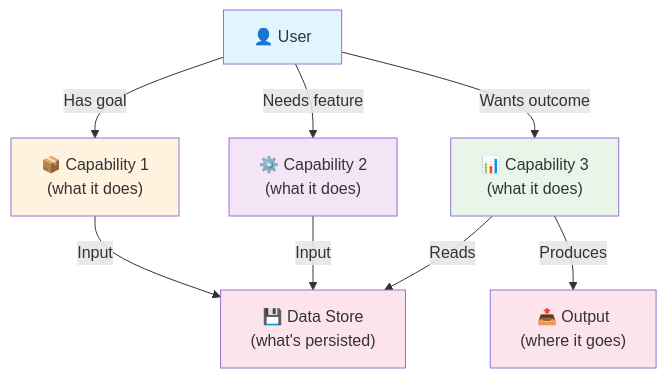
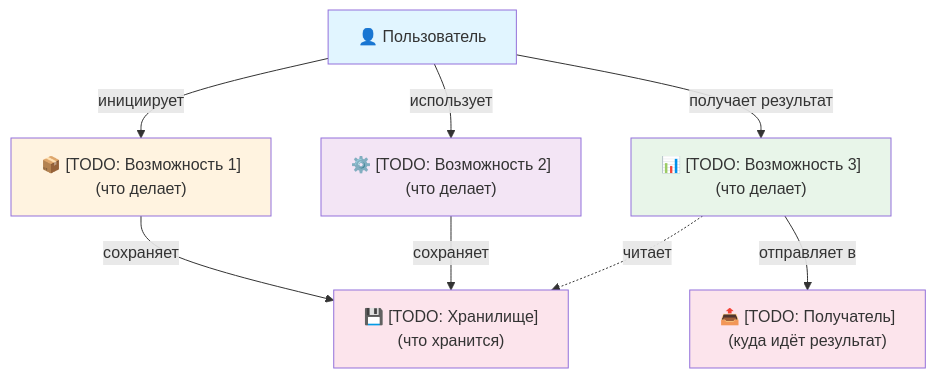
The second of 4 diagrams in templates/USER-MAP.template.md (cait-solutions/it-dev-methodology), drawn with Mermaid before and after one commit. The commit also changed other lines of this file and 3 other files, not shown here.

````diff
--- a/templates/USER-MAP.template.md
+++ b/templates/USER-MAP.template.md
@@ -42,21 +147,21 @@
 ```mermaid
 graph TD
-    User["👤 User"]
-    
-    User -->|Has goal| Cap1["📦 Capability 1<br/>(what it does)"]
-    User -->|Needs feature| Cap2["⚙️ Capability 2<br/>(what it does)"]
-    User -->|Wants outcome| Cap3["📊 Capability 3<br/>(what it does)"]
-    
-    Cap1 -->|Input| Storage["💾 Data Store<br/>(what's persisted)"]
-    Cap2 -->|Input| Storage
-    Cap3 -->|Reads| Storage
-    
-    Cap3 -->|Produces| Output["📤 Output<br/>(where it goes)"]
-    
+    User["👤 Пользователь"]
+
+    User -->|"инициирует"| Cap1["📦 [TODO: Возможность 1]<br/>(что делает)"]
+    User -->|"использует"| Cap2["⚙️ [TODO: Возможность 2]<br/>(что делает)"]
+    User -->|"получает результат"| Cap3["📊 [TODO: Возможность 3]<br/>(что делает)"]
+
+    Cap1 -->|"сохраняет"| Storage["💾 [TODO: Хранилище]<br/>(что хранится)"]
+    Cap2 -->|"сохраняет"| Storage
+    Cap3 -.->|"читает"| Storage
+
+    Cap3 -->|"отправляет в"| Output["📤 [TODO: Получатель]<br/>(куда идёт результат)"]
+
     style User fill:#e1f5ff
     style Cap1 fill:#fff3e0
     style Cap2 fill:#f3e5f5
     style Cap3 fill:#e8f5e9
     style Storage fill:#fce4ec
     style Output fill:#fce4ec
 ```
````
